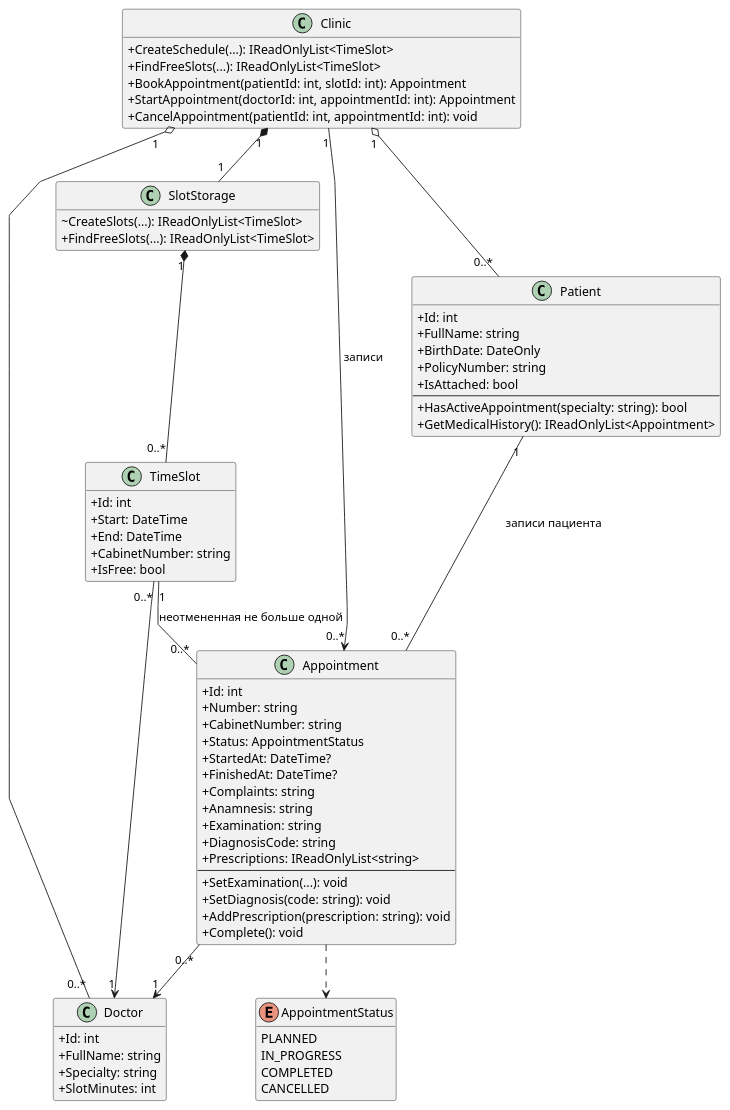
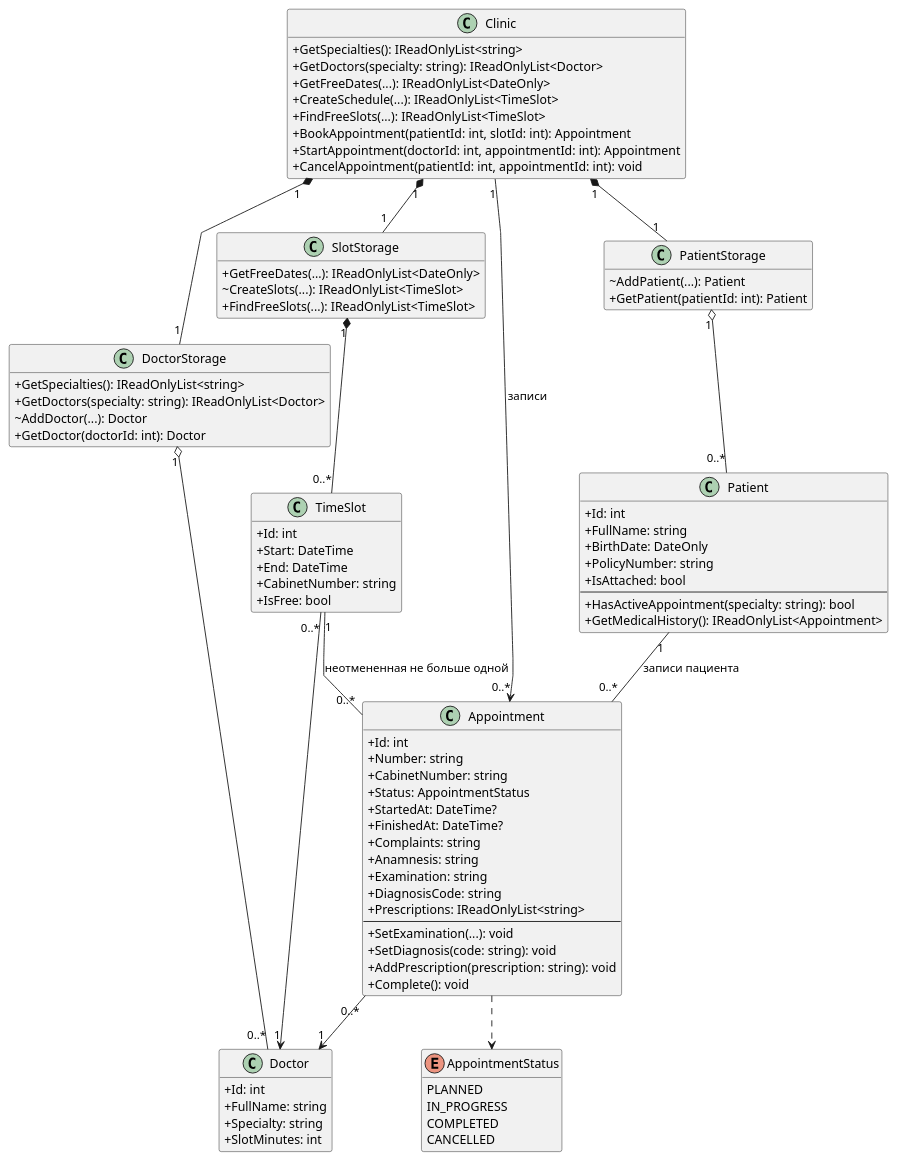
Before and after one commit to penamarth/bsbo-11-24_team3_var3_clinic: the diagram in Диаграмма классов.md, drawn with PlantUML. The commit also changed 3 other files, not shown here.

Commit message:
docs: выбор специальности, врача и даты в диаграммах

```diff
--- a/Диаграмма классов.md
+++ b/Диаграмма классов.md
@@ -11,11 +11,26 @@
 hide empty members
 
 class Clinic {
+  + GetSpecialties(): IReadOnlyList<string>
+  + GetDoctors(specialty: string): IReadOnlyList<Doctor>
+  + GetFreeDates(...): IReadOnlyList<DateOnly>
   + CreateSchedule(...): IReadOnlyList<TimeSlot>
   + FindFreeSlots(...): IReadOnlyList<TimeSlot>
   + BookAppointment(patientId: int, slotId: int): Appointment
   + StartAppointment(doctorId: int, appointmentId: int): Appointment
   + CancelAppointment(patientId: int, appointmentId: int): void
+}
+
+class PatientStorage {
+  ~ AddPatient(...): Patient
+  + GetPatient(patientId: int): Patient
+}
+
+class DoctorStorage {
+  + GetSpecialties(): IReadOnlyList<string>
+  + GetDoctors(specialty: string): IReadOnlyList<Doctor>
+  ~ AddDoctor(...): Doctor
+  + GetDoctor(doctorId: int): Doctor
 }
 
 class Patient {
@@ -37,6 +52,7 @@
 }
 
 class SlotStorage {
+  + GetFreeDates(...): IReadOnlyList<DateOnly>
   ~ CreateSlots(...): IReadOnlyList<TimeSlot>
   + FindFreeSlots(...): IReadOnlyList<TimeSlot>
 }
@@ -76,8 +92,10 @@
 }
 
 Clinic "1" *-- "1" SlotStorage
-Clinic "1" o-- "0..*" Patient
-Clinic "1" o-- "0..*" Doctor
+Clinic "1" *-- "1" PatientStorage
+Clinic "1" *-- "1" DoctorStorage
+PatientStorage "1" o-- "0..*" Patient
+DoctorStorage "1" o-- "0..*" Doctor
 Clinic "1" --> "0..*" Appointment : записи
 SlotStorage "1" *-- "0..*" TimeSlot
 Patient "1" -- "0..*" Appointment : записи пациента
```
